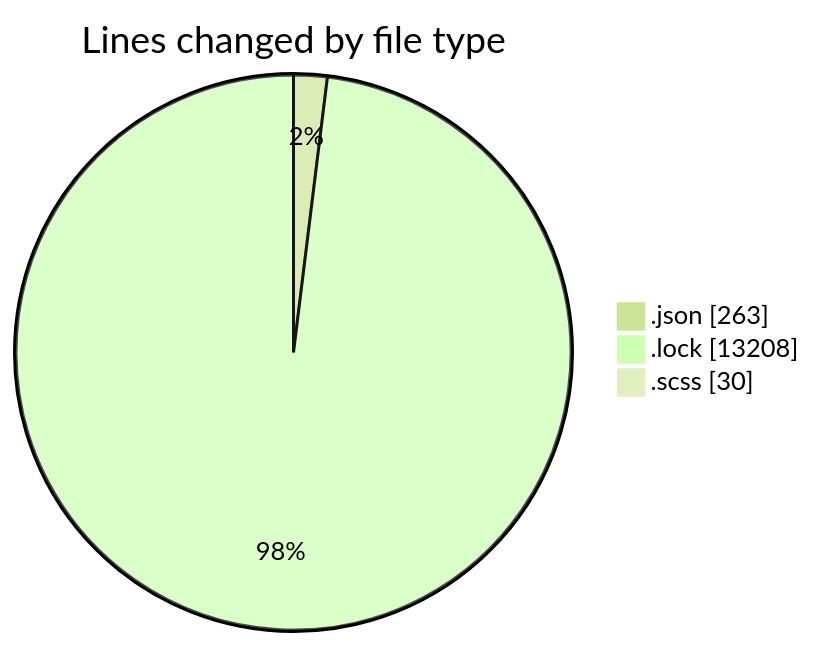
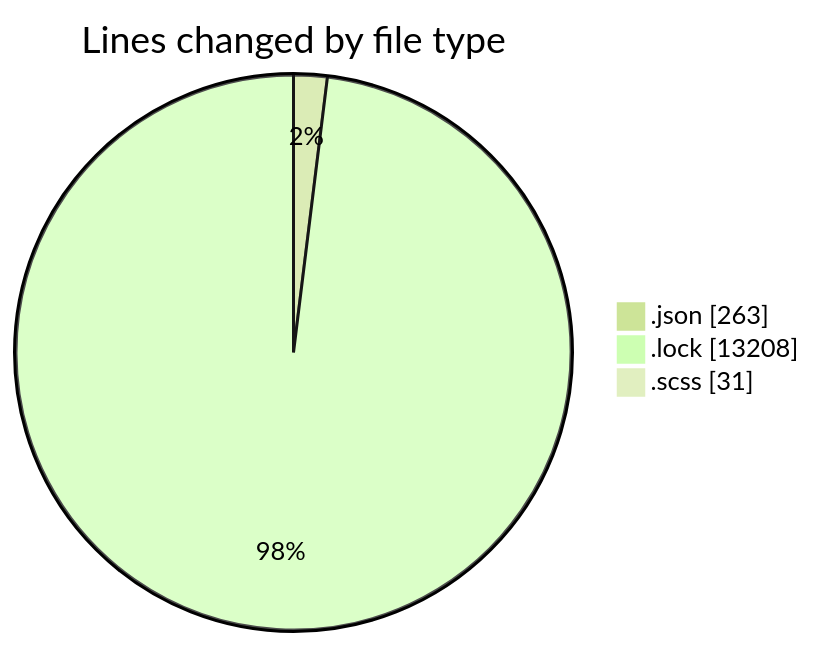
Before and after one commit to momahboobian/code-tracking: the first of 2 diagrams in 2026-01-26/cda/README.md, drawn with Mermaid (forest theme). The commit also changed other lines of this file and 1 other file, not shown here.

````diff
--- a/2026-01-26/cda/README.md
+++ b/2026-01-26/cda/README.md
@@ -23,7 +23,7 @@
 ```mermaid
 pie showData
 title Lines changed by file type
 ".json" : 263
 ".lock" : 13208
-".scss" : 30
+".scss" : 31
 ```
````
